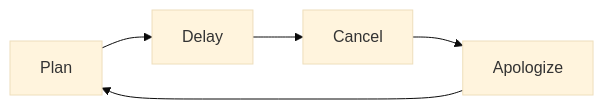
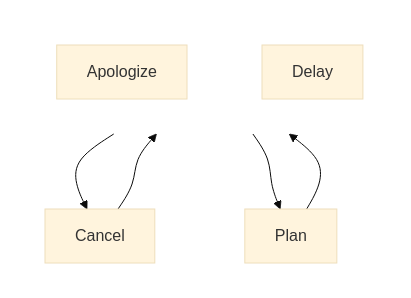
The diagram in content.md (Hacknock/lobsterjs-playground), drawn with Mermaid (base theme) before and after one commit. The commit also changed other lines of this file and 1 other file, not shown here.

First line of the commit message:
Translate content to English, update Mermaid clock layout

````diff
--- a/content.md
+++ b/content.md
@@ -17,4 +17,20 @@
 ```mermaid
-flowchart LR
-  P[Plan] --> D[Delay] --> C[Cancel] --> A[Apologize] --> P
+flowchart TB
+    subgraph top[ ]
+        P[Plan]
+    end
+    subgraph mid[ ]
+        direction LR
+        A[Apologize] ~~~ D[Delay]
+    end
+    subgraph bot[ ]
+        C[Cancel]
+    end
+    P --> D
+    D --> C
+    C --> A
+    A --> P
+    style top fill:transparent,stroke:transparent
+    style mid fill:transparent,stroke:transparent
+    style bot fill:transparent,stroke:transparent
 ```
````
